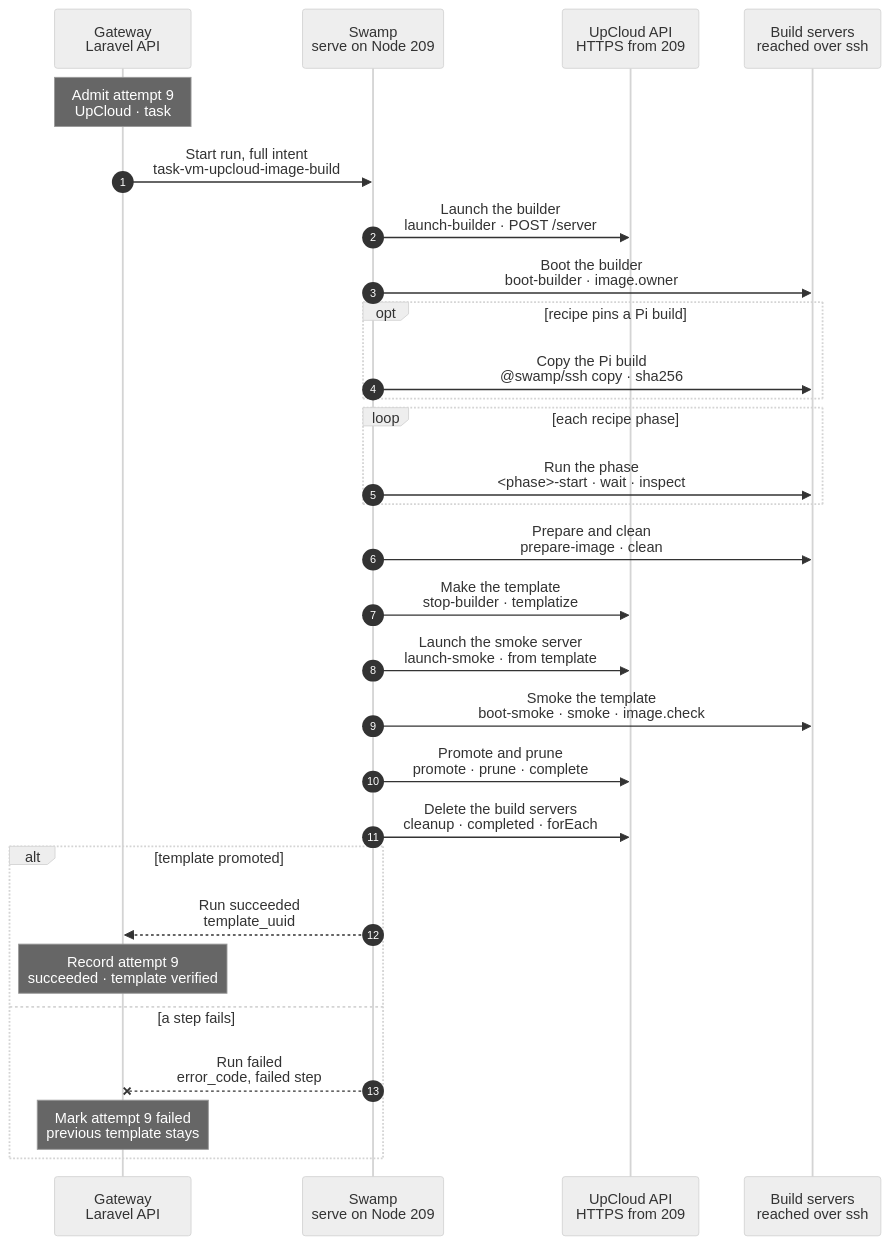
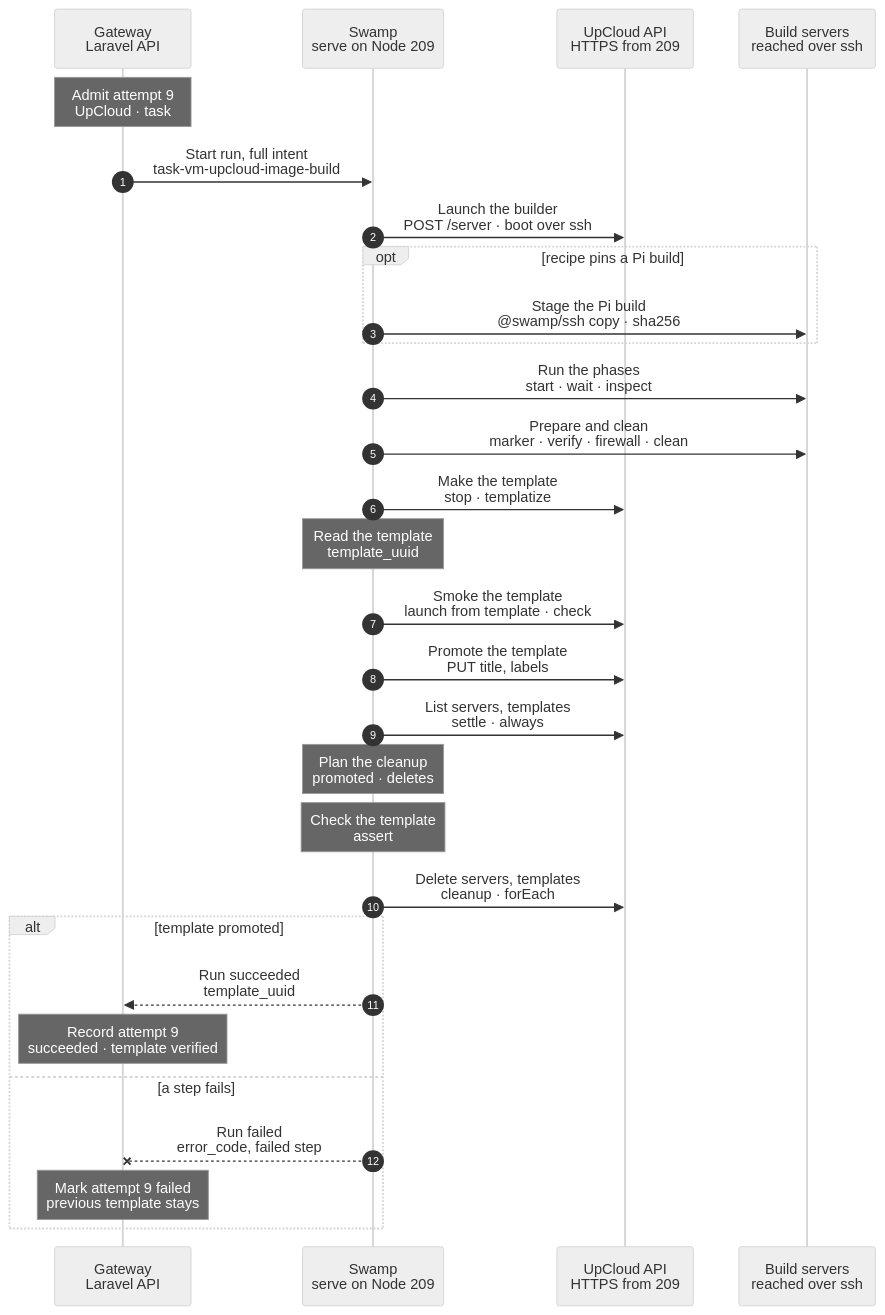
One commit to hardimpactdev/orbit changed the diagram in docs/cli/tasks/vm-upcloud-image-build.mmd. Above: the diagram before and after it, drawn with Mermaid (neutral theme).

Commit message:
docs(task-vms): upcloud_image_build chart, tightened
Launch, boot and the smoke checks are one action per server (rule 6); one
host key pair serves both build servers (rule 1); the Gateway computes every
fixed agent envelope (rule 15); one listing after the build feeds the end
check and the cleanup (rules 9, 19); curl's bounded retry is the wait for
UpCloud states (Q-WAIT); no in-run leftover sweep (rule 3).

```diff
--- a/docs/cli/tasks/vm-upcloud-image-build.mmd
+++ b/docs/cli/tasks/vm-upcloud-image-build.mmd
@@ -1,94 +1,105 @@
 sequenceDiagram
   %% Target design: swamp/workflows/workflow-operation-task-vm-upcloud-image-build.yaml, docs/reference/compute-drivers.md#build-the-upcloud-template and #sweep-upcloud, swamp/docs/task-vm-lifecycle.md (inline UpCloud curl on 209), docs/cli/README.md design rules R2-R4.
-  %% Tightened: flow-tighten 2026-11-02, rules 4 (no Gateway reads or progress writes from steps), 15 (no `admit` step), 3 (no in-run leftover sweep: the host sweep owns it), 1 and 19 (`delete-builder`, `delete-smoke` fold into the cleanup), 6 (stop and templatize merge), 18 (cleanup as one forEach), 22 (curl on 209, guest actions as `@swamp/ssh exec` argv, Pi by `@swamp/ssh copy`).
+  %% Tightened: flow-tighten 2026-11-02, rules 4 (no Gateway reads or progress writes from steps), 15 (no `admit` step; the Gateway computes every fixed agent envelope and host key), 3 (no in-run leftover sweep: the host sweep owns it), 1 and 19 (`delete-builder`, `delete-smoke` fold into the cleanup; one host key pair serves both servers), 6 (launch, boot and smoke checks one action per server; stop and templatize merge), 9 (one listing after the build feeds the end check and the cleanup), 18 (cleanup and prune as one forEach), 22 (curl on 209, guest actions as `@swamp/ssh exec` argv, Pi by `@swamp/ssh copy`).
+  %% Kept: rules 14 and 16 do not apply to agent calls: `orbit-agent command` exits 0 and prints `{ok:false}` on a refusal, so each call keeps a typed reply check on 209. JSON answers of UpCloud need TypeScript, so `Read the template` and `Plan the cleanup` stay.
   %% status: draft
   %% command: none · UpCloud template build for a recipe
   %% kind: task_vm.upcloud_image_build
   autonumber
   %% lane GW icon=gateway pill=intent tone=blue
   %% lane SW icon=workflow pill=executes tone=green
   %% lane UC icon=server pill=target tone=purple
   %% lane G icon=server pill=target tone=amber
   participant GW as Gateway<br/>Laravel API
   participant SW as Swamp<br/>serve on Node 209
   participant UC as UpCloud API<br/>HTTPS from 209
   participant G as Build servers<br/>reached over ssh
   Note over GW: Admit attempt 9<br/>UpCloud · task #5182
   %%> Started by:
   %%> - `php artisan task-vms:build-upcloud-image`, `task-vms:build-recipe --retry` or `--rebuild`, or `RefreshUpCloudTaskVmBaseImage` when no verified template matches the deployed recipe
   %%> Requirements:
   %%> - UpCloud is configured and no other UpCloud build runs; the ledger records attempt 9 before any remote work
   %%> Result:
-  %%> - the Gateway generates the builder and smoke host key pairs and copies them, the UpCloud token and the Pi build reference into the vault (R3)
-  %%> - the intent holds the recipe, identity, build name, both public host keys, the SSH identity, the agent pin and the templates pinned by live VMs
+  %%> - the Gateway generates one ed25519 host key pair for the build servers and keeps it encrypted on the attempt
+  %%> - at the run start it copies the UpCloud token and the private host key into the vault (R3), and refuses with `task_vm.image_build_superseded` when the recipe or agent pin changed
+  %%> - the intent holds the recipe, identity, stamp, public host key, 209's SSH identity, the agent pin, every fixed agent envelope, the phase units and the templates pinned by live VMs
   GW->>SW: Start run, full intent<br/>task-vm-upcloud-image-build
   %%> Inputs:
   %%> - `operation_id`, `node_id`, `kind`, the full public `intent`, and vault key names only: `task-vm-upcloud-token`, `task-vm-image-bootstrap-9`
   %%> Runs as:
   %%> - every step on 209 (`labels: {role: swamp}`), not on the Gateway Node's worker (R4)
   %%> Not included:
-  %%> - no `admit` step and no in-run key generation (rules 15, 4)
-  SW->>UC: Launch the builder<br/>launch-builder · POST /server
+  %%> - no `admit` step and no key generation in the run (rules 15, 4)
+  SW->>UC: Launch the builder<br/>POST /server · boot over ssh
   %%> How:
-  %%> - one inline `curl` on 209; the token reaches the request through `--variable`, never argv
-  %%> - stock Ubuntu 26.04 template, builder user-data with the admitted host key, labels `orbit-task-image`
+  %%> - child `task-vm-upcloud-image-server`: one inline `curl` on 209 reads the plans, TypeScript shapes the body, one `curl` posts it; the token and the private host key reach curl through `--variable`, never argv
+  %%> - stock Ubuntu 26.04 template, builder user-data with the admitted host key, label `orbit-task-image=<stamp>`
+  %%> - the create answer holds the UUID and the public IPv4 address
+  %%> - pinned `@swamp/ssh exec` waits for the boot: OpenSSH `ConnectionAttempts` while sshd starts, then `cloud-init status --wait`, all under one literal timeout
+  %%> - `@swamp/ssh copy` of 209's agent, `agent.install` against the pin, `guest.cloud-init`, `image.owner` for UID and GID 1000, `image.inspect-phase` for the boot id
   %%> Returns:
-  %%> - the server UUID and address, kept as step output for later steps and the cleanup
-  SW->>G: Boot the builder<br/>boot-builder · image.owner
-  %%> How:
-  %%> - official `@swamp/ssh exec` with the admitted host key pinned before the first connection
-  %%> - `cloud-init status --wait`, the pinned agent copied and checked by `agent.install`, `image.owner` for UID and GID 1000, `image.inspect-phase` for the boot id
+  %%> - the server UUID and address, the boot id, and each phase's start and inspect envelope
   opt recipe pins a Pi build
-    SW->>G: Copy the Pi build<br/>@swamp/ssh copy · sha256
+    SW->>G: Stage the Pi build<br/>@swamp/ssh copy · sha256
     %%> How:
-    %%> - one official `@swamp/ssh copy` of the pinned binary to `/var/cache/orbit/pi/<sha256>.bin`; the `pi` phase checks it against its pin
+    %%> - child `task-vm-upcloud-image-pi`: copy the pinned binary from the Gateway Node to 209, `sha256sum -c` against its pin, copy it to the builder, then `sudo install` to `/var/cache/orbit/pi/<sha256>.bin`
     %%> Replaces:
     %%> - the chunked `pi.receive-artifact` transfer through the Gateway artifact callback
   end
-  loop each recipe phase
-    SW->>G: Run the phase<br/><phase>-start · wait · inspect
-    %%> Phases:
-    %%> - `apt-source`, `packages`, `javascript`, `rust`, `agent`, `pi`, as in the Incus build
-    %%> How:
-    %%> - `image.start-phase` returns the main PID, `timeout 1500 tail --pid=PID -f /dev/null` waits, `image.inspect-phase` must report `complete` for the same boot id
-    %%> - each is one `@swamp/ssh exec` argv: `sudo -n -- orbit-agent command <name>` with the agent envelope on stdin
-  end
-  SW->>G: Prepare and clean<br/>prepare-image · clean
+  SW->>G: Run the phases<br/>start · wait · inspect
+  %%> Phases:
+  %%> - `apt-source`, `packages`, `javascript`, `rust`, `agent`, `pi`, in this order, as in the Incus build; `pi` runs only when the recipe pins a Pi build
+  %%> How:
+  %%> - child `task-vm-upcloud-image-phases`; each phase is `image.start-phase`, one `systemctl show --property=MainPID` read, `timeout 1500 tail --pid=PID -f /dev/null` (skipped when the phase already ended), and `image.inspect-phase`, which must report `complete` for the same boot id
+  %%> - a failed phase stops the chain; no later phase starts
+  SW->>G: Prepare and clean<br/>marker · verify · firewall · clean
   %%> What it does:
-  %%> - `image.recipe-marker`, `image.verify`, `image.boot`, `image.firewall` (ufw on, only `orbit:public-ssh-recovery` open), then `image.clean`
-  SW->>UC: Make the template<br/>stop-builder · templatize
+  %%> - `image.recipe-marker`, `image.verify`, `image.boot`, `image.firewall` (ufw on, only `orbit:public-ssh-recovery` open), then `image.clean`, one at a time
+  SW->>UC: Make the template<br/>stop · templatize
   %%> How:
-  %%> - stop the builder, turn its disk into `orbit-task-base-<time>-unverified`, and wait until the storage is online, all in one step (rule 6)
+  %%> - one soft stop with UpCloud's own 150-second hard-stop fallback, then the templatize request as `orbit-task-base-<stamp>-unverified`
+  %%> - UpCloud refuses templatize until the server has stopped and changes nothing; curl's own bounded retry under one literal `timeout` is the wait (Q-WAIT), no script polls
+  Note over SW: Read the template<br/>template_uuid
+  %%> What it does:
+  %%> - TypeScript on 209 reads the template UUID and title from the templatize answer
   %%> Returns:
   %%> - the template UUID, which the Gateway reads from this step's output (rule 4)
-  SW->>UC: Launch the smoke server<br/>launch-smoke · from template
+  SW->>UC: Smoke the template<br/>launch from template · check
   %%> How:
-  %%> - the task VM user-data with the smoke host key; the builder stays until the cleanup removes it
-  SW->>G: Smoke the template<br/>boot-smoke · smoke · image.check
-  %%> How:
-  %%> - boots as in step 3, then `image.verify` and `image.check` with the firewall check
+  %%> - the same server child with the task VM user-data and the same host key; the create waits with curl's bounded retry while UpCloud still prepares the template
+  %%> - boots as in step 3, then `image.verify` and `image.check` with the firewall check; the builder stays until the cleanup removes it
   %%> Result:
   %%> - a failed smoke check stops the build before promotion
-  SW->>UC: Promote and prune<br/>promote · prune · complete
+  SW->>UC: Promote the template<br/>PUT title, labels
   %%> What it does:
-  %%> - sets the `orbit.recipe` label, renames the template to `orbit-task-base-<time>`, then deletes older verified templates except the two newest and those pinned by live VMs
+  %%> - sets the `orbit.recipe` and `orbit-task-image` labels and renames the template to `orbit-task-base-<stamp>`; a PUT is safe to repeat, so curl retries while the smoke clone still holds the template
+  SW->>UC: List servers, templates<br/>settle · always
+  %%> When:
+  %%> - after the build job, whatever its outcome, with the condition `always` (rule 19)
+  %%> What it does:
+  %%> - one listing of the servers labelled `orbit-task-image` and of the account's templates
+  %%> Why:
+  %%> - it finds this attempt's servers also when a create answer or a child's output was lost
+  Note over SW: Plan the cleanup<br/>promoted · deletes
+  %%> What it does:
+  %%> - TypeScript on 209 confirms the promoted title and labels, and picks what goes: this attempt's two servers; after promotion, verified templates beyond the two newest that no live VM pins; otherwise this attempt's unverified template
+  Note over SW: Check the template<br/>assert
   %%> End check:
-  %%> - the native `assert` step `complete` checks the promoted template UUID; this is the one end check (rule 9)
-  SW->>UC: Delete the build servers<br/>cleanup · completed · forEach
+  %%> - after a successful build, the native `assert` checks that the listed promoted template is the one templatize made; this is the one end check (rule 9)
+  SW->>UC: Delete servers, templates<br/>cleanup · forEach
   %%> What it does:
-  %%> - one `forEach` deletes the builder and smoke servers with their storage; after a failure it also deletes the unverified template
-  %%> When:
-  %%> - always, with the condition `completed` (rule 19); it replaces the separate `delete-builder` and `delete-smoke` steps
+  %%> - one `forEach` over the plan; each started server gets a hard stop, then one `DELETE` with its storage, which curl retries while UpCloud still stops it (Q-WAIT)
+  %%> - it replaces the separate `delete-builder`, `delete-smoke` and `prune` steps (rules 1, 18)
   %%> On failure:
-  %%> - `task_vm.image_cleanup_failed`; the next host sweep removes what stays
+  %%> - best effort with `allowFailure` (rule 10): the run's outcome stays, and the next host sweep removes what stays
   alt template promoted
     SW-->>GW: Run succeeded<br/>template_uuid
     Note over GW: Record attempt 9<br/>succeeded · template verified
     %%> Result:
-    %%> - new UpCloud claims for this recipe use the template; the Gateway clears the vault copies
+    %%> - new UpCloud claims for this recipe use the template
   else a step fails
     SW--xGW: Run failed<br/>error_code, failed step
     Note over GW: Mark attempt 9 failed<br/>previous template stays
     %%> Result:
-    %%> - reconcile alerts for the identity; `task-vms:build-recipe --retry` records a new attempt
+    %%> - a refused agent reply keeps its own code; reconcile alerts for the identity; `task-vms:build-recipe --retry` records a new attempt
   end
```
